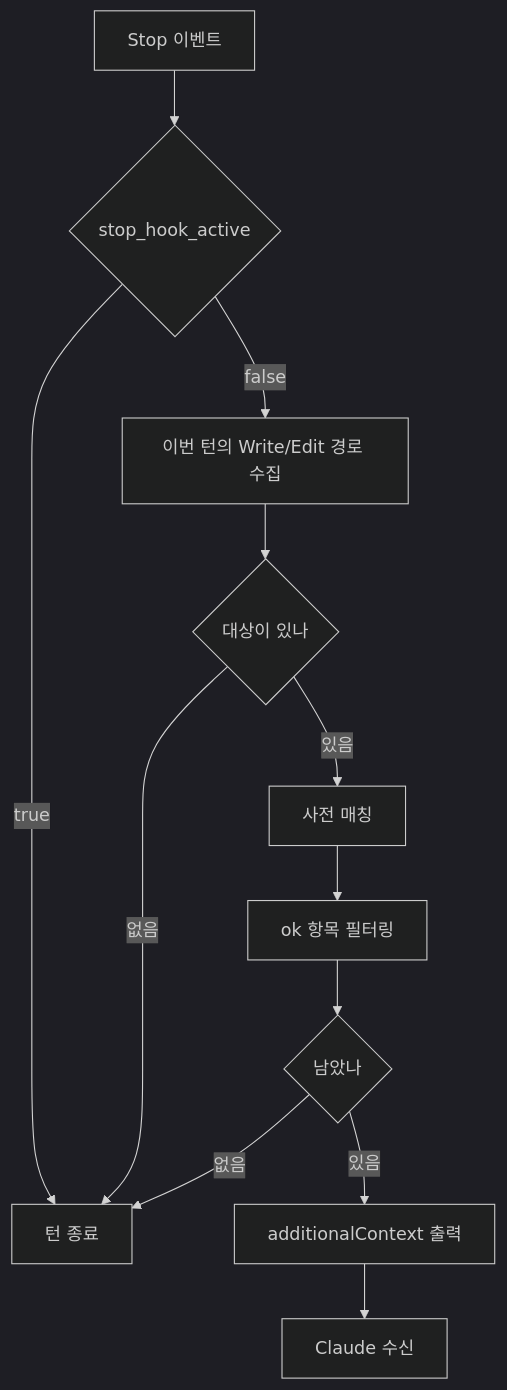
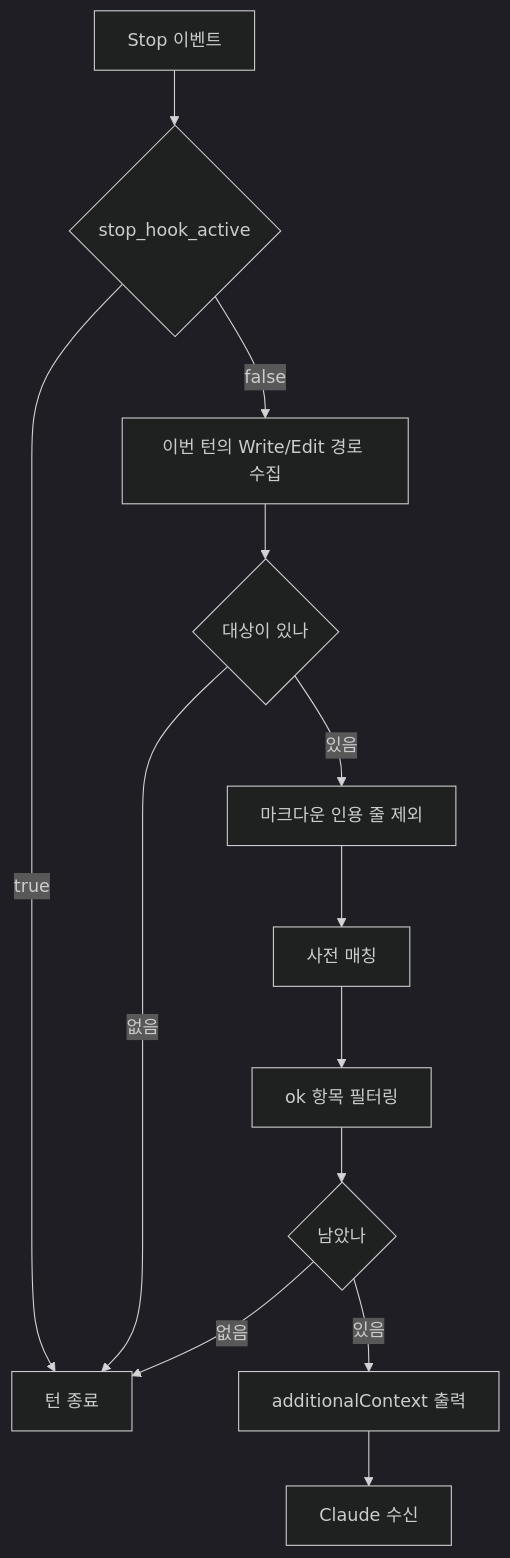
Before and after one commit to nil-park/claude-workflow-kit: the diagram in docs/architecture/anti-claudeism.md, drawn with Mermaid (dark theme). The commit also changed other lines of this file and 1 other file, not shown here.

````diff
--- a/docs/architecture/anti-claudeism.md
+++ b/docs/architecture/anti-claudeism.md
@@ -14,14 +14,15 @@
 ```mermaid
 flowchart TD
   stop["Stop 이벤트"] --> active{"stop_hook_active"}
   active -->|true| pass["턴 종료"]
   active -->|false| collect["이번 턴의 Write/Edit 경로 수집"]
   collect --> empty{"대상이 있나"}
   empty -->|없음| pass
-  empty -->|있음| scan["사전 매칭"]
+  empty -->|있음| mask["마크다운 인용 줄 제외"]
+  mask --> scan["사전 매칭"]
   scan --> filter["ok 항목 필터링"]
   filter --> match{"남았나"}
   match -->|없음| pass
   match -->|있음| report["additionalContext 출력"]
   report --> again["Claude 수신"]
 ```
````
